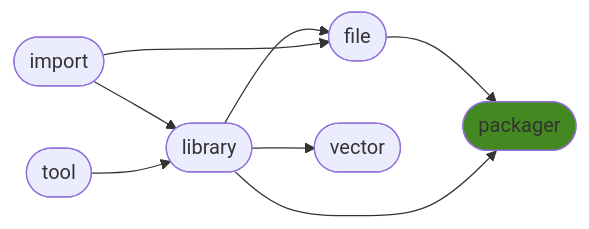
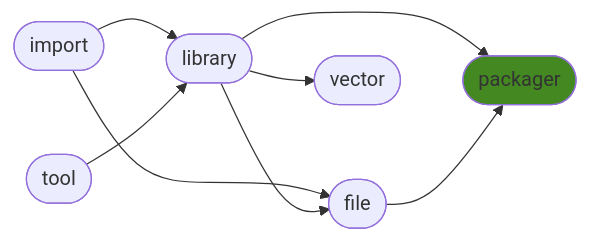
Before and after one commit to ManderaGeneral/generalpackager: the diagram in README.md, drawn with Mermaid. The commit also changed other lines of this file, not shown here.

````diff
--- a/README.md
+++ b/README.md
@@ -24,17 +24,17 @@
 ```mermaid
 flowchart LR
+0([import]) --> 2([library])
+0([import]) --> 3([file])
+2([library]) --> 4([vector])
+1([tool]) --> 2([library])
+2([library]) --> 3([file])
+2([library]) --> 5([packager])
 3([file]) --> 5([packager])
-2([library]) --> 5([packager])
-2([library]) --> 3([file])
-0([import]) --> 2([library])
-1([tool]) --> 2([library])
-2([library]) --> 4([vector])
-0([import]) --> 3([file])
 click 0 "https://github.com/ManderaGeneral/generalimport"
 click 1 "https://github.com/ManderaGeneral/generaltool"
 click 2 "https://github.com/ManderaGeneral/generallibrary"
 click 3 "https://github.com/ManderaGeneral/generalfile"
 click 4 "https://github.com/ManderaGeneral/generalvector"
 click 5 "https://github.com/ManderaGeneral/generalpackager"
 style 5 fill:#482
 ```
````
